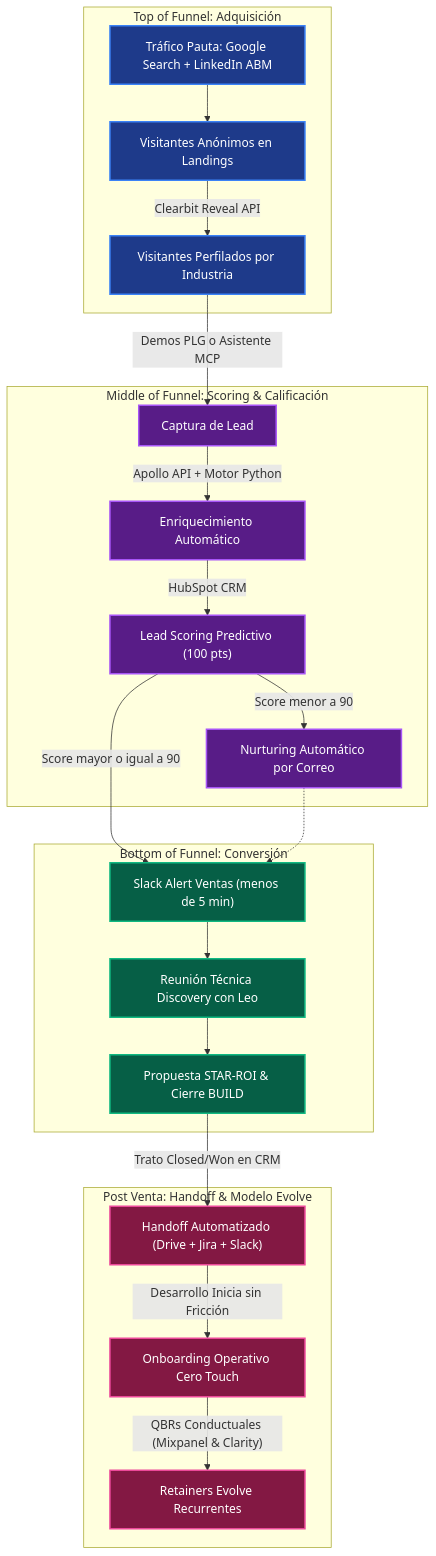
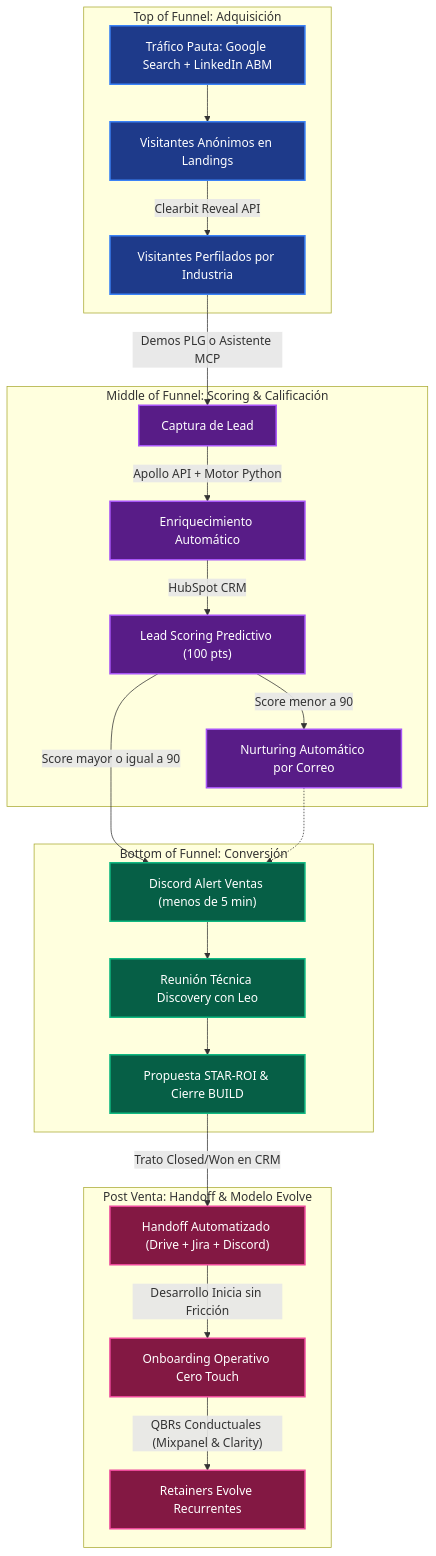
One commit to jahflavio/bluepixel changed the fifth of 8 diagrams in 02_Estrategia_B2B/ESTRATEGIA_MAESTRA_BLUEPIXEL_2026.md. Above: the diagram before and after it, drawn with Mermaid. The commit also changed other lines of this file, not shown here.

Commit message:
docs: actualizar canal de comunicacion interna de Slack a Discord en estrategia maestra

````diff
--- a/02_Estrategia_B2B/ESTRATEGIA_MAESTRA_BLUEPIXEL_2026.md
+++ b/02_Estrategia_B2B/ESTRATEGIA_MAESTRA_BLUEPIXEL_2026.md
@@ -382,37 +382,37 @@
 ```mermaid
 graph TD
     subgraph Top_of_Funnel_Adquisicion["Top of Funnel: Adquisición"]
         A["Tráfico Pauta: Google Search + LinkedIn ABM"] --> B["Visitantes Anónimos en Landings"]
         B -->|"Clearbit Reveal API"| C["Visitantes Perfilados por Industria"]
     end
 
     subgraph Middle_of_Funnel_Captura["Middle of Funnel: Scoring & Calificación"]
         C -->|"Demos PLG o Asistente MCP"| D["Captura de Lead"]
         D -->|"Apollo API + Motor Python"| E["Enriquecimiento Automático"]
         E -->|"HubSpot CRM"| F["Lead Scoring Predictivo (100 pts)"]
         F -->|"Score menor a 90"| Nurture["Nurturing Automático por Correo"]
     end
 
     subgraph Bottom_of_Funnel_Conversion["Bottom of Funnel: Conversión"]
-        F -->|"Score mayor o igual a 90"| I["Slack Alert Ventas (menos de 5 min)"]
+        F -->|"Score mayor o igual a 90"| I["Discord Alert Ventas (menos de 5 min)"]
         I --> J["Reunión Técnica Discovery con Leo"]
         J --> K["Propuesta STAR-ROI & Cierre BUILD"]
         Nurture -.-> I
     end
 
     subgraph Post_Venta_Retencion["Post Venta: Handoff & Modelo Evolve"]
-        K -->|"Trato Closed/Won en CRM"| M["Handoff Automatizado (Drive + Jira + Slack)"]
+        K -->|"Trato Closed/Won en CRM"| M["Handoff Automatizado (Drive + Jira + Discord)"]
         M -->|"Desarrollo Inicia sin Fricción"| N["Onboarding Operativo Cero Touch"]
         N -->|"QBRs Conductuales (Mixpanel & Clarity)"| O["Retainers Evolve Recurrentes"]
     end
 
     classDef tofu fill:#1e3a8a,stroke:#3b82f6,stroke-width:2px,color:#ffffff;
     classDef mofu fill:#581c87,stroke:#a855f7,stroke-width:2px,color:#ffffff;
     classDef bofu fill:#065f46,stroke:#10b981,stroke-width:2px,color:#ffffff;
     classDef close fill:#831843,stroke:#ec4899,stroke-width:2px,color:#ffffff;
 
     class A,B,C tofu;
     class D,E,F,Nurture mofu;
     class I,J,K bofu;
     class M,N,O close;
 ```
````
